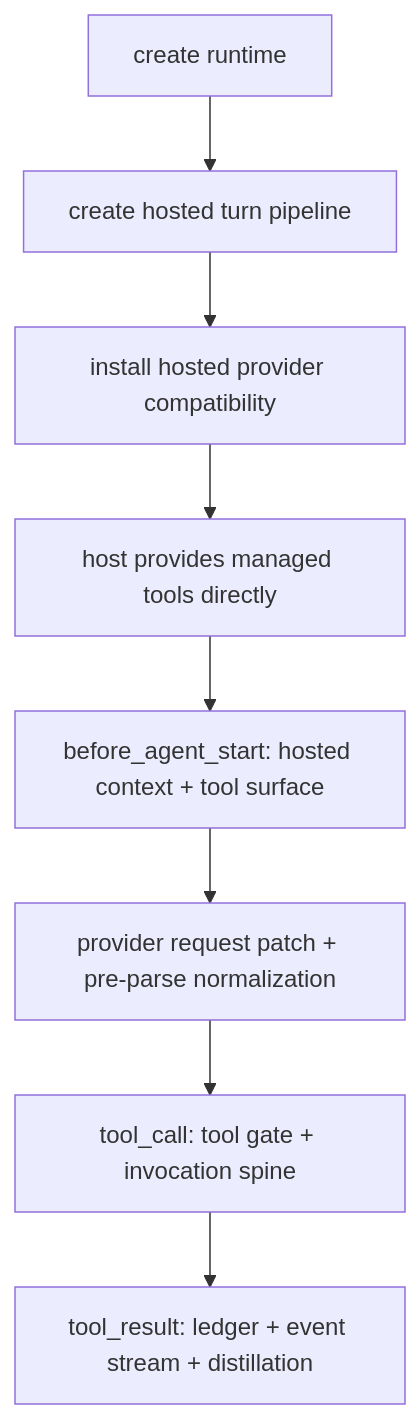
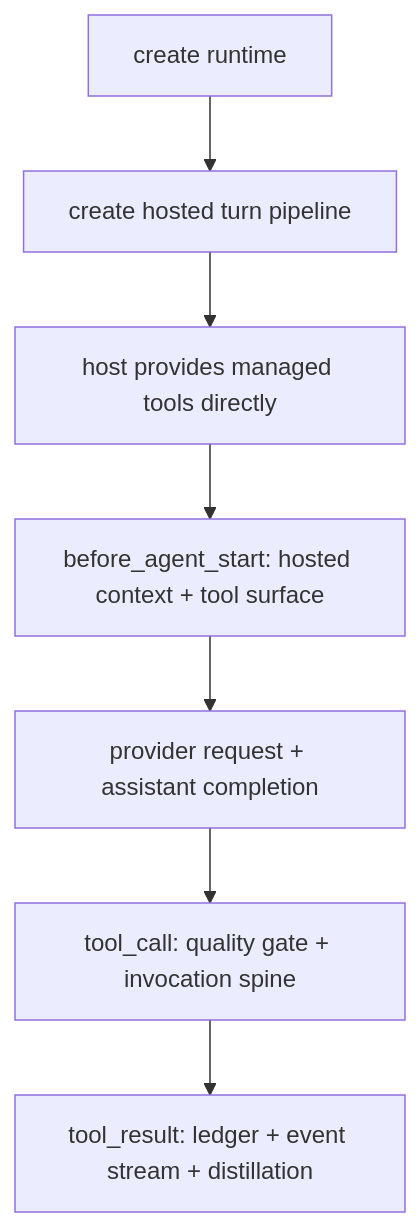
The second of 9 diagrams in docs/architecture/control-and-data-flow.md (arcthur/brewva), drawn with Mermaid before and after one commit. The commit also changed other lines of this file and 123 other files, not shown here.

````diff
--- a/docs/architecture/control-and-data-flow.md
+++ b/docs/architecture/control-and-data-flow.md
@@ -50,10 +46,9 @@
 ```mermaid
 flowchart TD
   A["create runtime"] --> B["create hosted turn pipeline"]
-  B --> C["install hosted provider compatibility"]
-  C --> D["host provides managed tools directly"]
-  D --> E["before_agent_start: hosted context + tool surface"]
-  E --> F["provider request patch + pre-parse normalization"]
-  F --> G["tool_call: tool gate + invocation spine"]
-  G --> H["tool_result: ledger + event stream + distillation"]
+  B --> C["host provides managed tools directly"]
+  C --> D["before_agent_start: hosted context + tool surface"]
+  D --> E["provider request + assistant completion"]
+  E --> F["tool_call: quality gate + invocation spine"]
+  F --> G["tool_result: ledger + event stream + distillation"]
 ```
````
